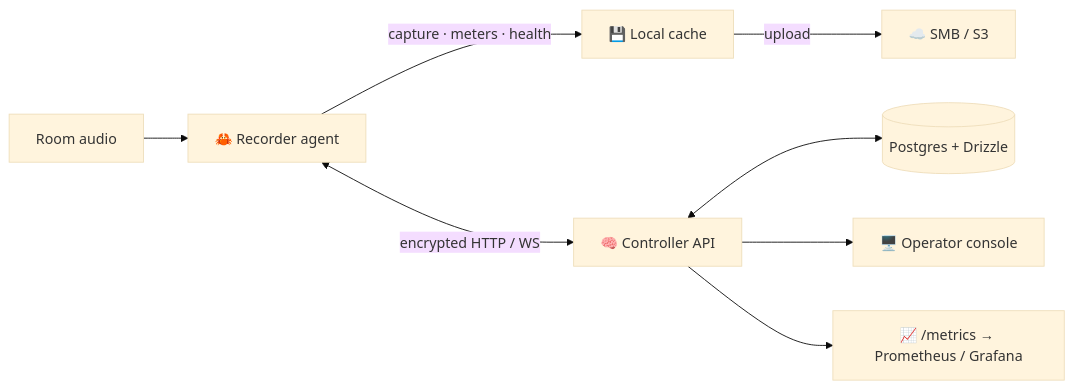
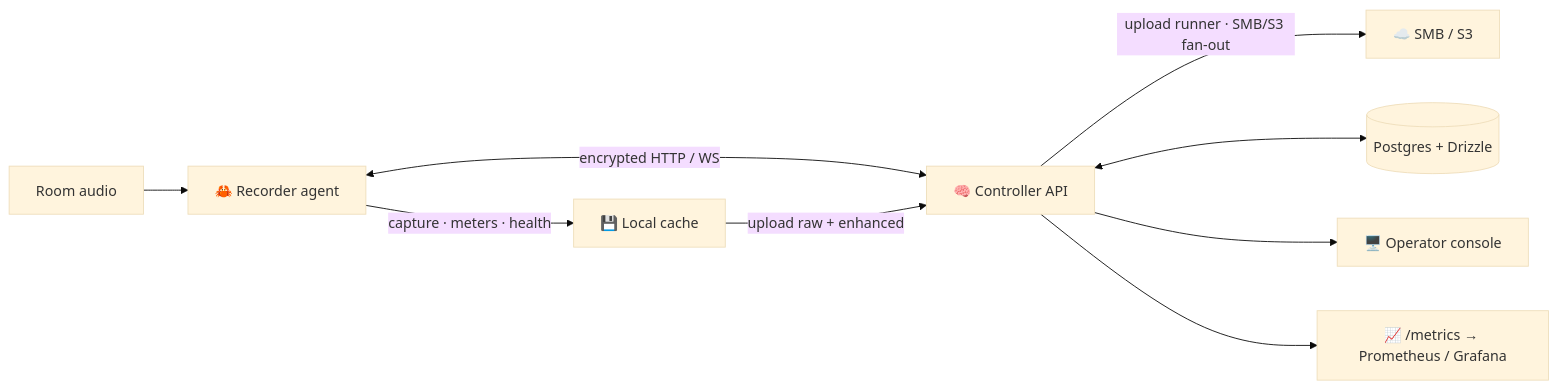
One commit to yashau/Rakkr changed the diagram in README.md. Above: the diagram before and after it, drawn with Mermaid (base theme). The commit also changed other lines of this file and 12 other files, not shown here.

First line of the commit message:
Align docs with current upload + enhancement architecture

````diff
--- a/README.md
+++ b/README.md
@@ -64,10 +64,11 @@
 ```mermaid
 flowchart LR
   room["Room audio"] --> agent["🦀 Recorder agent"]
   agent -->|"capture · meters · health"| cache["💾 Local cache"]
   agent <-->|"encrypted HTTP / WS"| api["🧠 Controller API"]
+  cache -->|"upload raw + enhanced"| api
+  api -->|"upload runner · SMB/S3 fan-out"| storage["☁️ SMB / S3"]
   api <--> db[("Postgres + Drizzle")]
   api --> ui["🖥️ Operator console"]
-  cache -->|"upload"| storage["☁️ SMB / S3"]
   api --> metrics["📈 /metrics → Prometheus / Grafana"]
 ```
````
